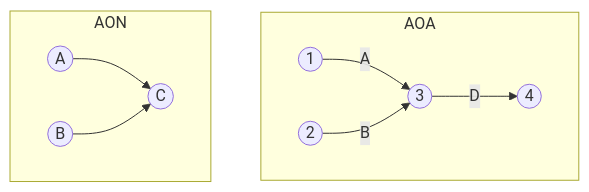
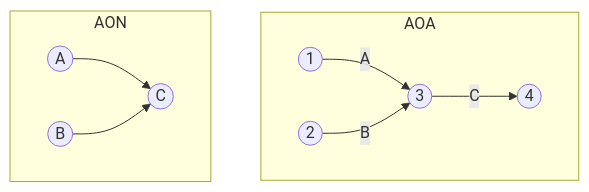
One commit to yeonkyupark/pepc2e changed the second of 10 diagrams in 0202프로세스진도관리.qmd. Above: the diagram before and after it, drawn with Mermaid. The commit also changed other lines of this file, not shown here.

````diff
--- a/0202프로세스진도관리.qmd
+++ b/0202프로세스진도관리.qmd
@@ -267,11 +119,11 @@
 ```{mermaid}
   flowchart TB
   subgraph AOA
     1((1)) -- A --> 3((3))
-    2((2)) -- B --> 3((3)) -- D --> 4((4))
+    2((2)) -- B --> 3((3)) -- C --> 4((4))
   end
   
   subgraph AON
     A((A)) & B((B)) --> C((C))
   end
 ```
````
